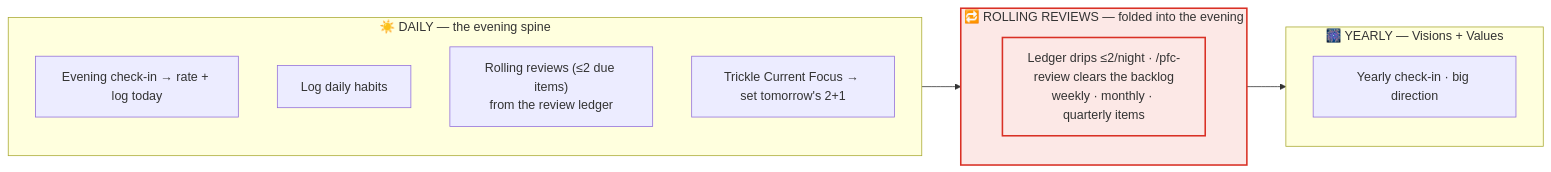
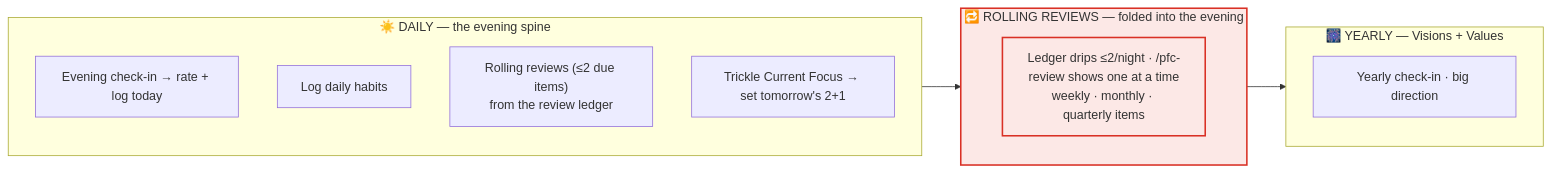
The second of 2 diagrams in docs/system-map.md (Jikodis/my-pfc), drawn with Mermaid before and after one commit. The commit also changed other lines of this file and 11 other files, not shown here.

````diff
--- a/docs/system-map.md
+++ b/docs/system-map.md
@@ -75,19 +75,19 @@
 ```mermaid
 flowchart LR
     subgraph DAY["☀️ DAILY — the evening spine"]
       direction TB
       D1["Evening check-in → rate + log today"]
       D2["Log daily habits"]
       D3["Rolling reviews (≤2 due items)<br/>from the review ledger"]
       D4["Trickle Current Focus → set tomorrow's 2+1"]
     end
     subgraph REV["🔁 ROLLING REVIEWS — folded into the evening"]
-      R1["Ledger drips ≤2/night · /pfc-review clears the backlog<br/>weekly · monthly · quarterly items"]
+      R1["Ledger drips ≤2/night · /pfc-review shows one at a time<br/>weekly · monthly · quarterly items"]
     end
     subgraph YEAR["🎆 YEARLY — Visions + Values"]
       Y1["Yearly check-in · big direction"]
     end
     DAY --> REV --> YEAR
     classDef q fill:#fce8e6,stroke:#d93025,stroke-width:2px;
     class R1,REV q;
 ```
````
